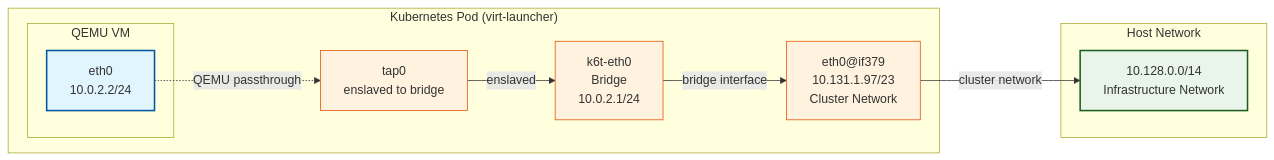
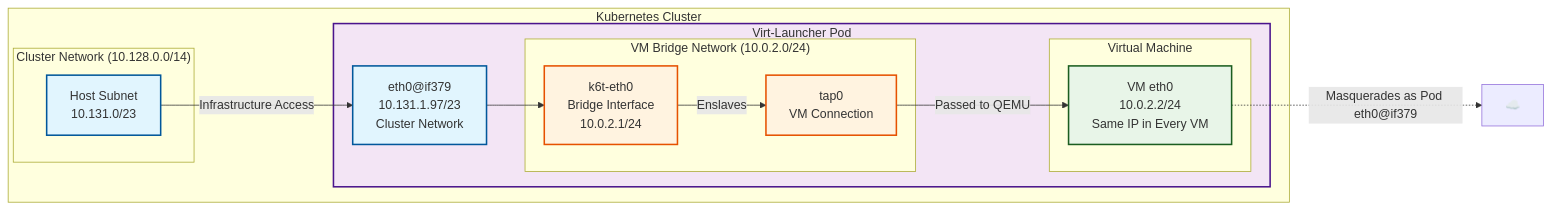
One commit to dlbewley/demo-cni changed the diagram in diagrams/diagram-default-pod-net-pod.md. Above: the diagram before and after it, drawn with Mermaid. The commit also changed other lines of this file, not shown here.

Commit message:
refactor: update diagra

````diff
--- a/diagrams/diagram-default-pod-net-pod.md
+++ b/diagrams/diagram-default-pod-net-pod.md
@@ -1,32 +3,42 @@
 ```mermaid
 graph LR
-    subgraph "Kubernetes Pod (virt-launcher)"
-        subgraph "QEMU VM"
-            VM_eth0["eth0<br/>10.0.2.2/24"]
+    subgraph "Kubernetes Cluster"
+        subgraph "Cluster Network (10.128.0.0/14)<br/>"
+            INFRA_NET[Host Subnet<br/>10.131.0/23]
         end
 
-        tap0["tap0<br/>enslaved to bridge"]
-        k6t_eth0["k6t-eth0<br/>Bridge<br/>10.0.2.1/24"]
-        pod_eth0["eth0@if379<br/>10.131.1.97/23<br/>Cluster Network"]
+        subgraph VIRT_LAUNCHER[Virt-Launcher Pod]
+            ETH0["eth0@if379<br/>10.131.1.97/23<br/>Cluster Network"]
+
+            subgraph "VM Bridge Network (10.0.2.0/24)"
+                BRIDGE[k6t-eth0<br/>Bridge Interface<br/>10.0.2.1/24]
+                TAP0[tap0<br/>VM Connection]
+            end
+
+            subgraph "Virtual Machine"
+                VM_ETH0[VM eth0<br/>10.0.2.2/24<br/>Same IP in Every VM]
+            end
+        end
     end
+    Inet["☁️"]
 
-    subgraph "Host Network"
-        host_network["10.128.0.0/14<br/>Infrastructure Network"]
-    end
-
-    %% Connections
-    VM_eth0 -.->|"QEMU passthrough"| tap0
-    tap0 -->|"enslaved"| k6t_eth0
-    k6t_eth0 -->|"bridge interface"| pod_eth0
-    pod_eth0 -->|"cluster network"| host_network
+    %% Network Connections
+    INFRA_NET -->|"Infrastructure Access"| ETH0
+    ETH0 --> BRIDGE
+    BRIDGE -->|"Enslaves"| TAP0
+    TAP0 -->|"Passed to QEMU"| VM_ETH0
+    VM_ETH0 -.->|"Masquerades as Pod eth0@if379"| Inet
 
     %% Styling
-    classDef vmBox fill:#e1f5fe,stroke:#01579b,stroke-width:2px
-    classDef podBox fill:#f3e5f5,stroke:#4a148c,stroke-width:2px
-    classDef networkBox fill:#e8f5e8,stroke:#1b5e20,stroke-width:2px
-    classDef interfaceBox fill:#fff3e0,stroke:#e65100,stroke-width:1px
+    classDef infraStyle fill:#e1f5fe,stroke:#01579b,stroke-width:2px
+    classDef podStyle fill:#f3e5f5,stroke:#4a148c,stroke-width:2px
+    classDef bridgeStyle fill:#fff3e0,stroke:#e65100,stroke-width:2px
+    classDef vmStyle fill:#e8f5e8,stroke:#1b5e20,stroke-width:2px
+    classDef configStyle fill:#fce4ec,stroke:#880e4f,stroke-width:1px
 
-    class VM_eth0 vmBox
-    class tap0,k6t_eth0,pod_eth0 interfaceBox
-    class host_network networkBox
+    class INFRA_NET,ETH0 infraStyle
+    class VIRT_LAUNCHER podStyle
+    class BRIDGE,TAP0 bridgeStyle
+    class VM,VM_ETH0 vmStyle
+    class ETH0_CONFIG,BRIDGE_CONFIG,TAP_CONFIG configStyle
 ```
````
